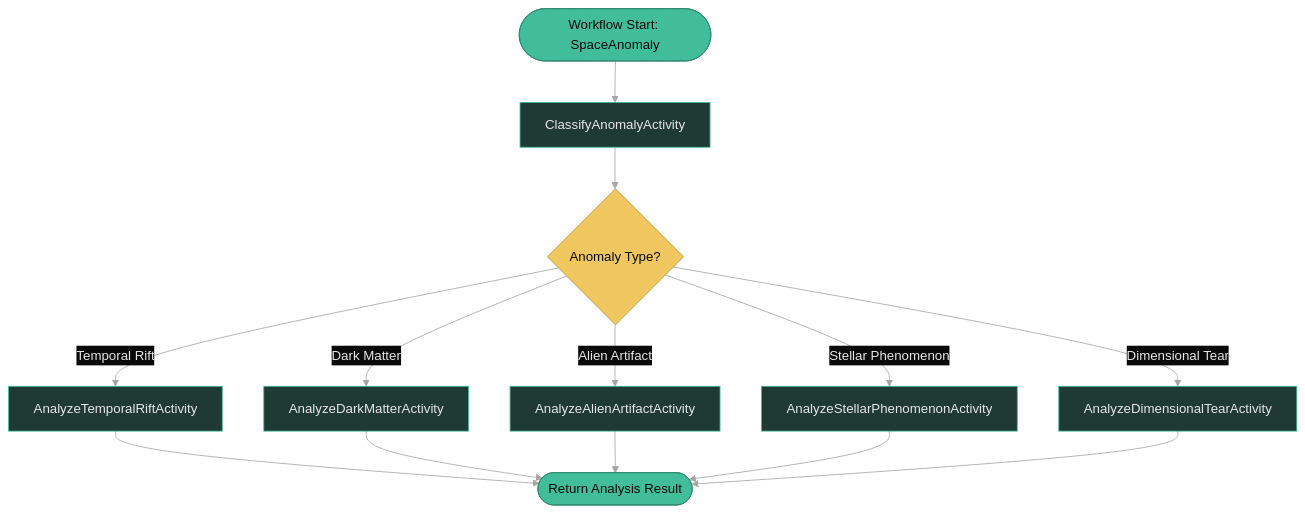
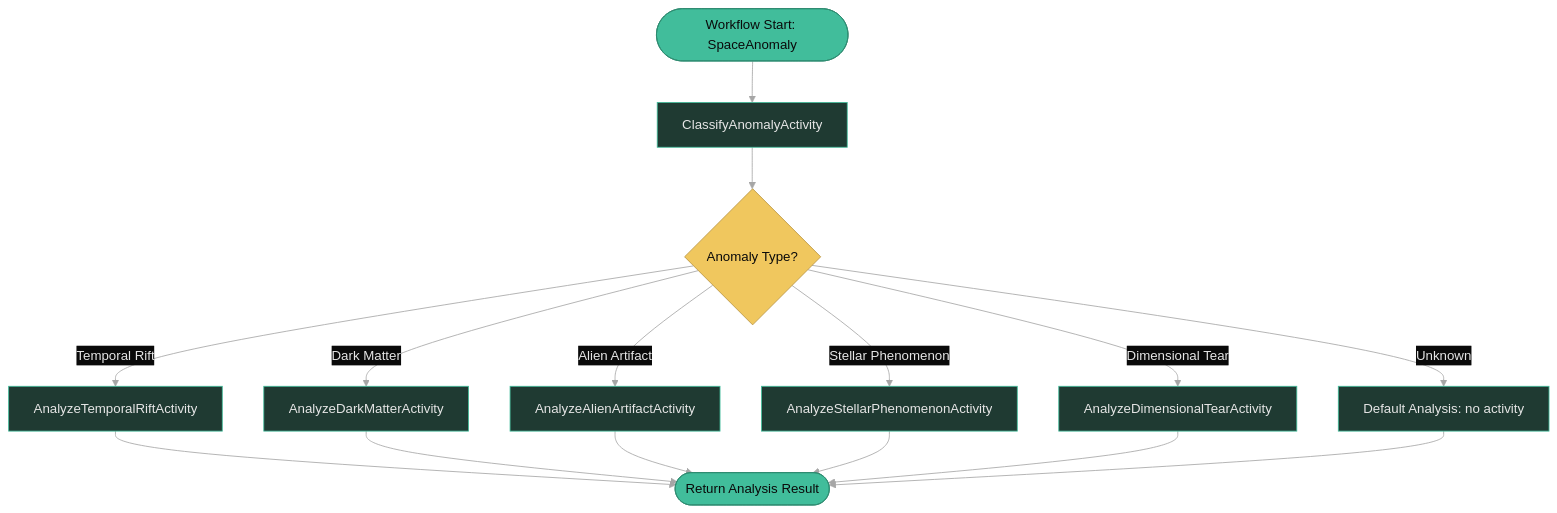
Before and after one commit to diagrid-labs/dapr-reliable-agentic-systems: the diagram in .demo/slides/08-routing/08-05-demo-diagram.md, drawn with Mermaid. The commit also changed 10 other files, not shown here.

````diff
--- a/.demo/slides/08-routing/08-05-demo-diagram.md
+++ b/.demo/slides/08-routing/08-05-demo-diagram.md
@@ -3,25 +3,28 @@
 ```mermaid
 %%{init: {"theme":"base","themeVariables":{"background":"#0a0a0a","primaryColor":"#1f3a32","primaryTextColor":"#e6e6e6","primaryBorderColor":"#41BD9B","lineColor":"#A6A6A6","secondaryColor":"#111315","tertiaryColor":"#111315","clusterBkg":"#111315","clusterBorder":"#41BD9B","titleColor":"#F0C75E","edgeLabelBackground":"#0a0a0a","noteBkgColor":"#111315","noteTextColor":"#e6e6e6","noteBorderColor":"#41BD9B","actorBkg":"#1f3a32","actorBorder":"#41BD9B","actorTextColor":"#e6e6e6","actorLineColor":"#A6A6A6","signalColor":"#A6A6A6","signalTextColor":"#e6e6e6","labelBoxBkgColor":"#0a0a0a","labelBoxBorderColor":"#41BD9B","labelTextColor":"#e6e6e6","loopTextColor":"#e6e6e6","altSectionBkgColor":"#111315","sectionBkgColor":"#111315","fontFamily":"Geist,sans-serif"}}}%%
 graph TD
     Start([Workflow Start: SpaceAnomaly]) --> A1[ClassifyAnomalyActivity]
     A1 --> Router{Anomaly Type?}
     Router -->|Temporal Rift| A2[AnalyzeTemporalRiftActivity]
     Router -->|Dark Matter| A3[AnalyzeDarkMatterActivity]
     Router -->|Alien Artifact| A4[AnalyzeAlienArtifactActivity]
     Router -->|Stellar Phenomenon| A5[AnalyzeStellarPhenomenonActivity]
     Router -->|Dimensional Tear| A6[AnalyzeDimensionalTearActivity]
+    Router -->|Unknown| A7[Default Analysis: no activity]
     A2 --> End([Return Analysis Result])
     A3 --> End
     A4 --> End
     A5 --> End
     A6 --> End
+    A7 --> End
     
     style Start fill:#41BD9B,stroke:#2d8a70,color:#0a0a0a
     style End fill:#41BD9B,stroke:#2d8a70,color:#0a0a0a
     style Router fill:#F0C75E,stroke:#b8943f,color:#0a0a0a
     style A2 fill:#1f3a32,stroke:#41BD9B,color:#e6e6e6
     style A3 fill:#1f3a32,stroke:#41BD9B,color:#e6e6e6
     style A4 fill:#1f3a32,stroke:#41BD9B,color:#e6e6e6
     style A5 fill:#1f3a32,stroke:#41BD9B,color:#e6e6e6
     style A6 fill:#1f3a32,stroke:#41BD9B,color:#e6e6e6
+    style A7 fill:#1f3a32,stroke:#41BD9B,color:#e6e6e6
 ```
````
